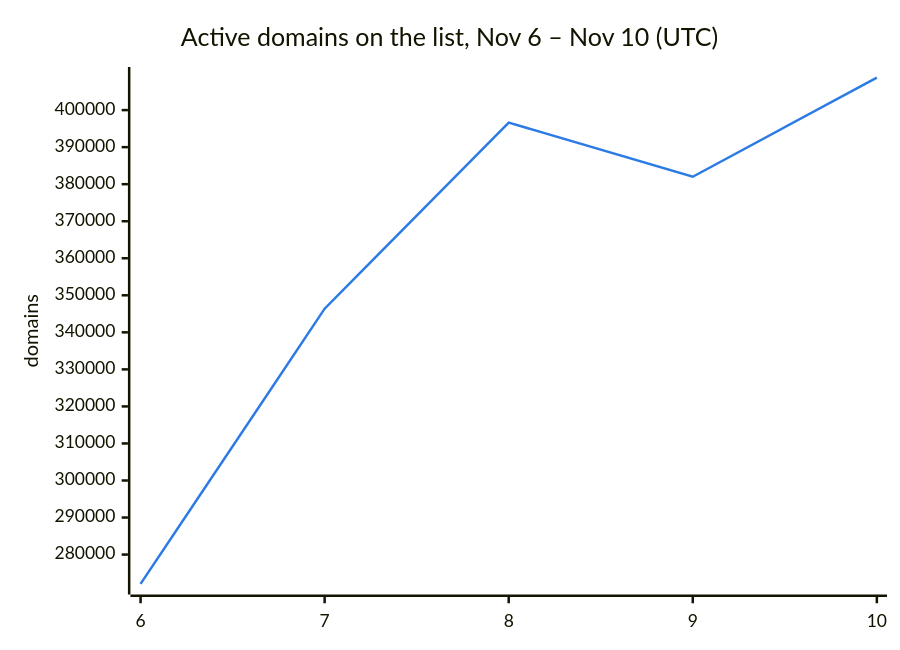
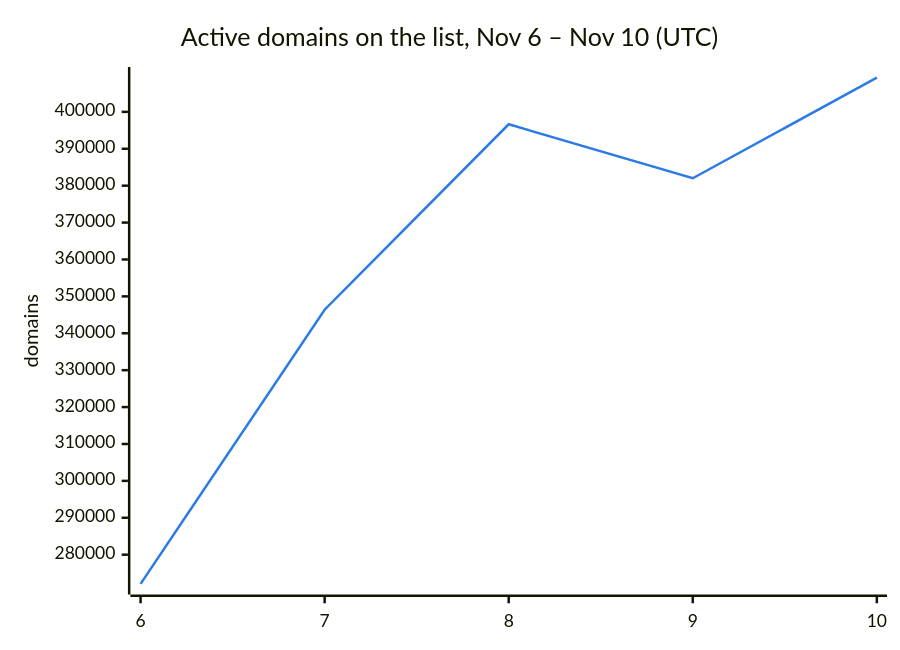
The second of 3 diagrams in README.md (DNSBunker/CTI), drawn with Mermaid before and after one commit. The commit also changed other lines of this file and 3 other files, not shown here.

````diff
--- a/README.md
+++ b/README.md
@@ -38,8 +38,8 @@
 ```mermaid
 %%{init: {"themeVariables": {"xyChart": {"plotColorPalette": "#2c7be5"}}}}%%
 xychart-beta
     title "Active domains on the list, Nov 6 – Nov 10 (UTC)"
     x-axis ["6", "7", "8", "9", "10"]
     y-axis "domains"
-    line [272088, 346388, 396638, 382009, 408769]
+    line [272088, 346388, 396638, 382009, 409281]
 ```
````
